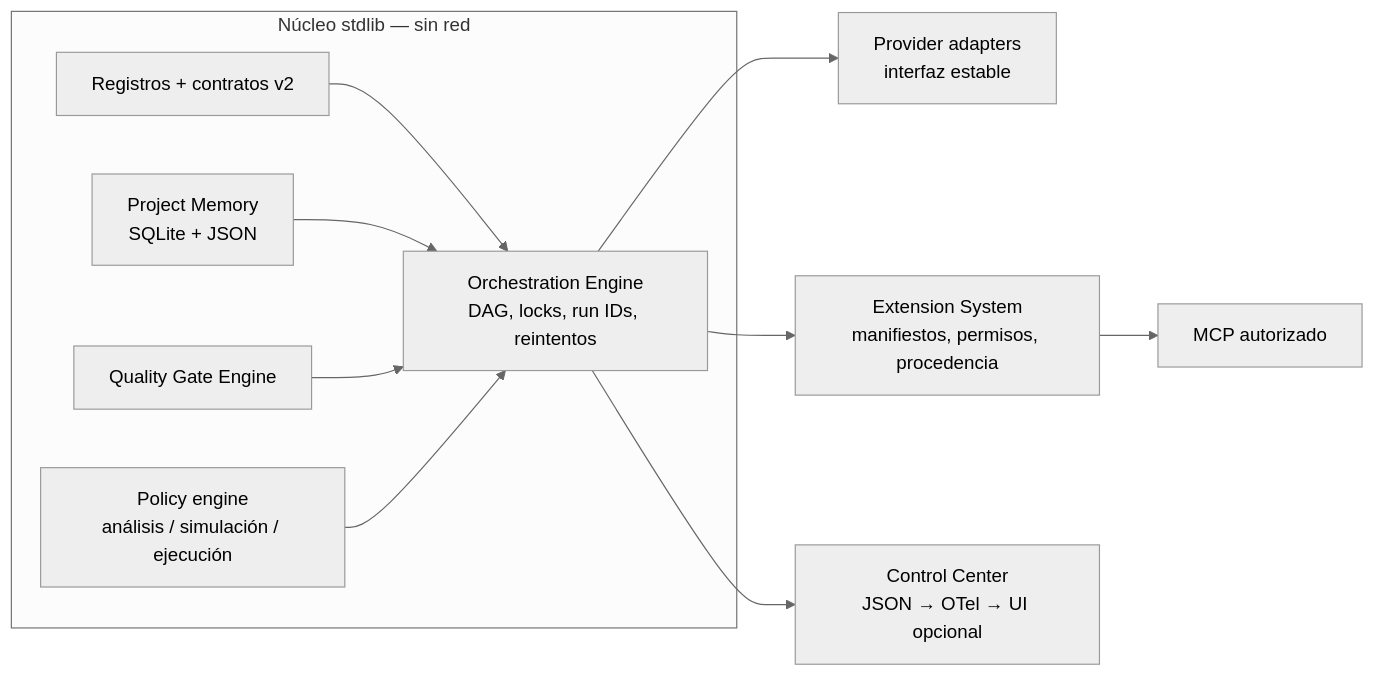
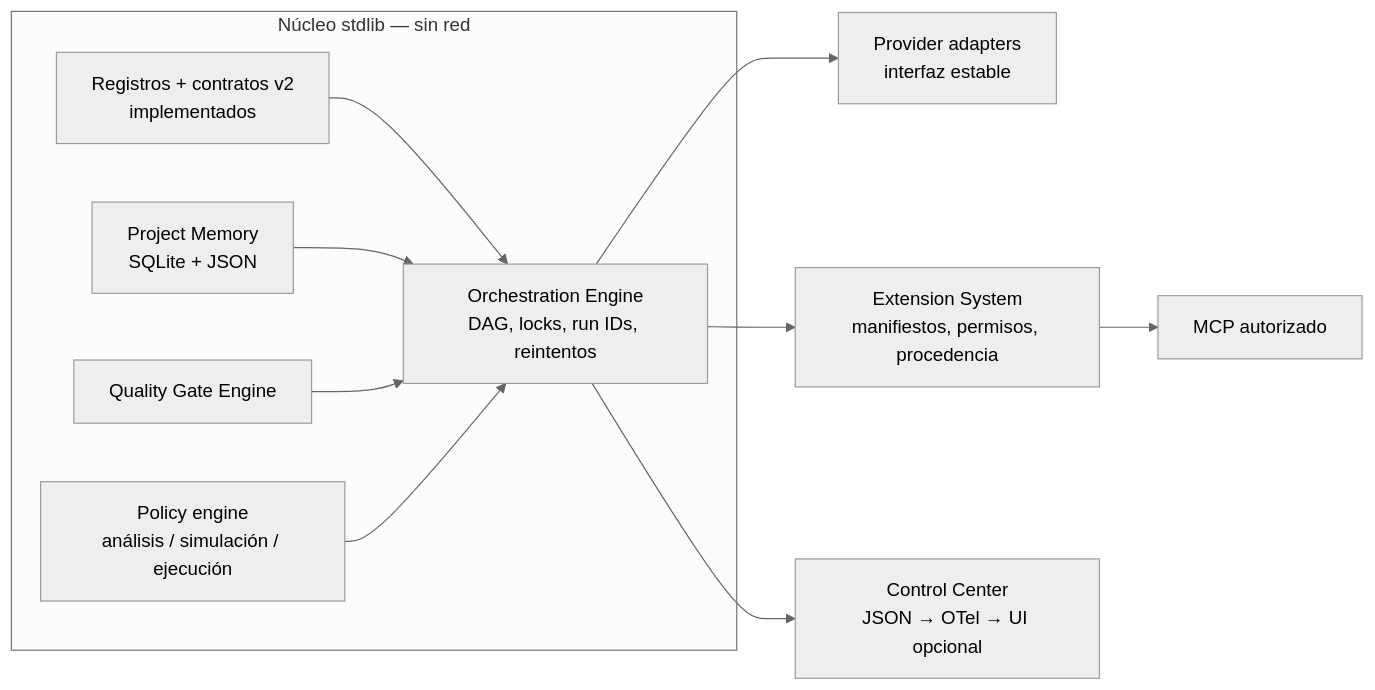
One commit to jylmdev-cyber/pallaquino-os changed the third of 3 diagrams in docs/ARCHITECTURE.md. Above: the diagram before and after it, drawn with Mermaid (neutral theme). The commit also changed other lines of this file and 23 other files, not shown here.

````diff
--- a/docs/ARCHITECTURE.md
+++ b/docs/ARCHITECTURE.md
@@ -91,13 +92,13 @@
 ```mermaid
 flowchart LR
   subgraph core[Núcleo stdlib — sin red]
-    reg[Registros + contratos v2] --> orch[Orchestration Engine<br/>DAG, locks, run IDs, reintentos]
+    reg[Registros + contratos v2<br/>implementados] --> orch[Orchestration Engine<br/>DAG, locks, run IDs, reintentos]
     mem[Project Memory<br/>SQLite + JSON] --> orch
     qg[Quality Gate Engine] --> orch
     pol[Policy engine<br/>análisis / simulación / ejecución] --> orch
   end
   orch --> prov[Provider adapters<br/>interfaz estable]
   orch --> ext[Extension System<br/>manifiestos, permisos, procedencia]
   ext --> mcp[MCP autorizado]
   orch --> obs[Control Center<br/>JSON → OTel → UI opcional]
 ```
````
